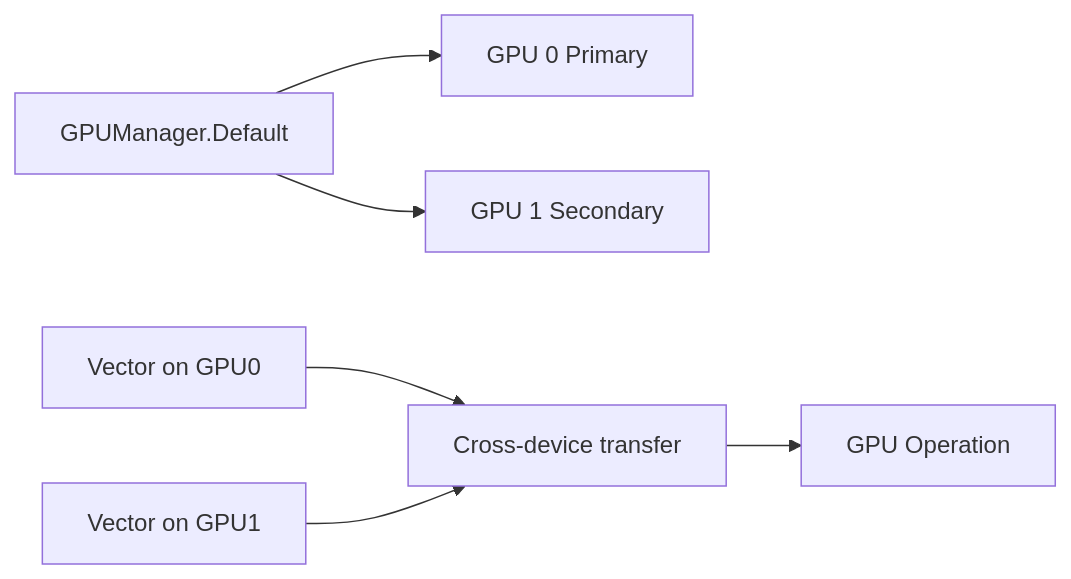
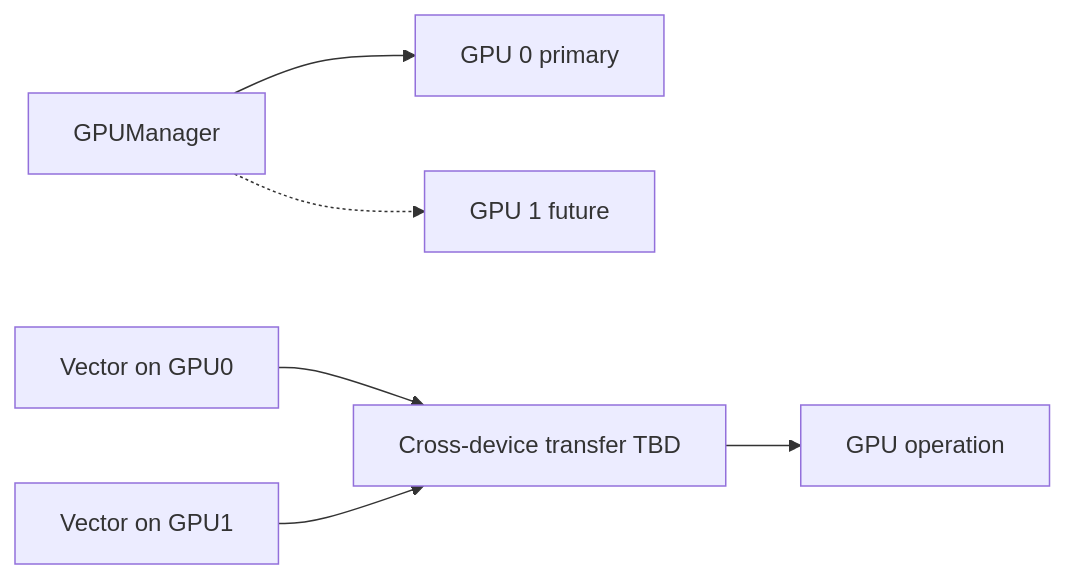
Before and after one commit to MPSQUARK/BAVCL: the sixth of 6 diagrams in Documentation/BAVCLSpecification.md, drawn with Mermaid. The commit also changed other lines of this file, not shown here.

Commit message:
diagrams updated

````diff
--- a/Documentation/BAVCLSpecification.md
+++ b/Documentation/BAVCLSpecification.md
@@ -346,16 +398,16 @@
 ```mermaid
 flowchart LR
-    GM[GPUManager.Default]
-    GPU0[GPU 0 Primary]
-    GPU1[GPU 1 Secondary]
+    GM[GPUManager]
+    GPU0[GPU 0 primary]
+    GPU1[GPU 1 future]
     VecA[Vector on GPU0]
     VecB[Vector on GPU1]
-    Transfer[Cross-device transfer]
-    Op[GPU Operation]
+    Transfer[Cross-device transfer TBD]
+    Op[GPU operation]
 
     GM --> GPU0
-    GM --> GPU1
+    GM -.-> GPU1
     VecA --> Transfer
     VecB --> Transfer
     Transfer --> Op
 ```
````
